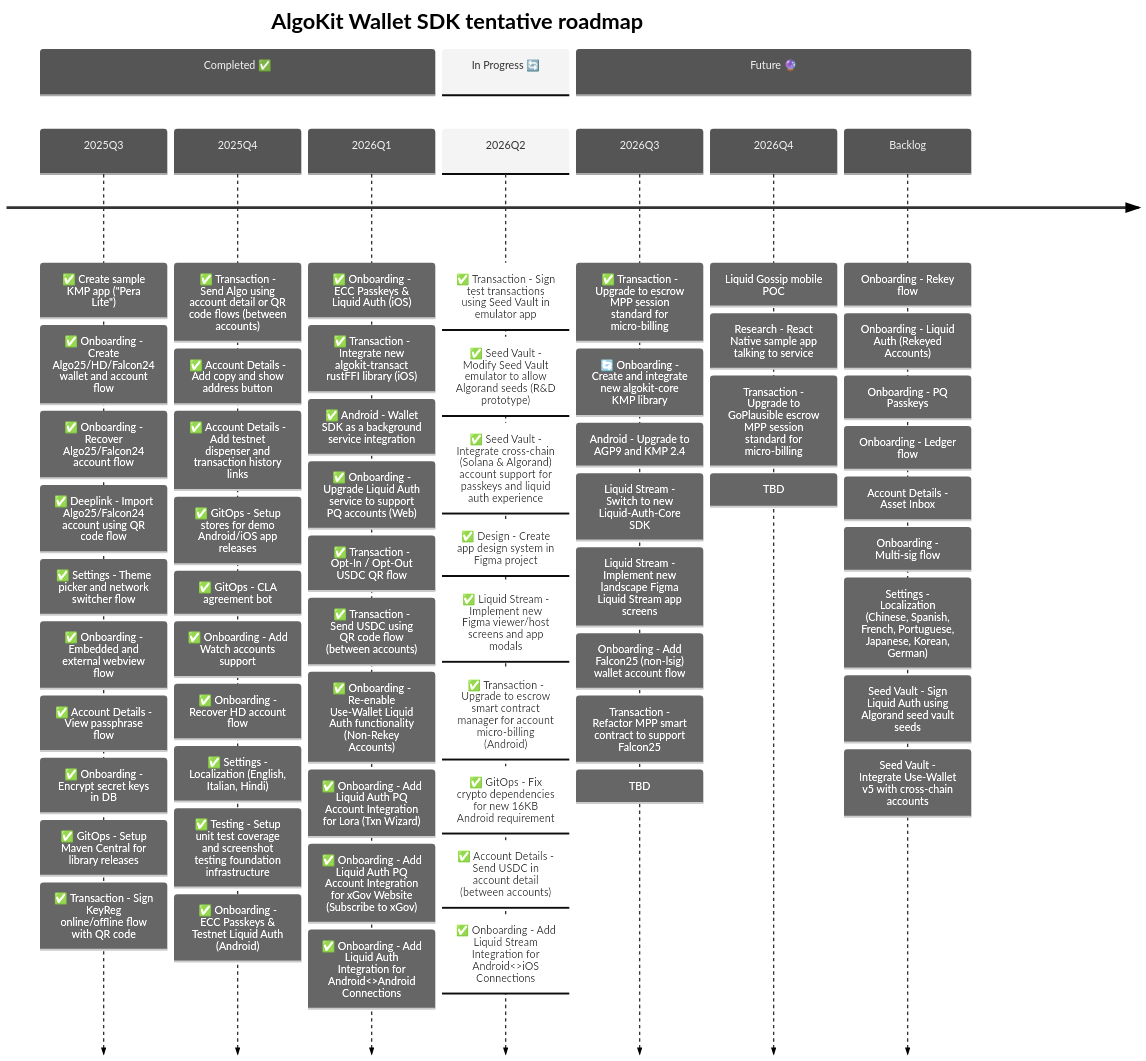
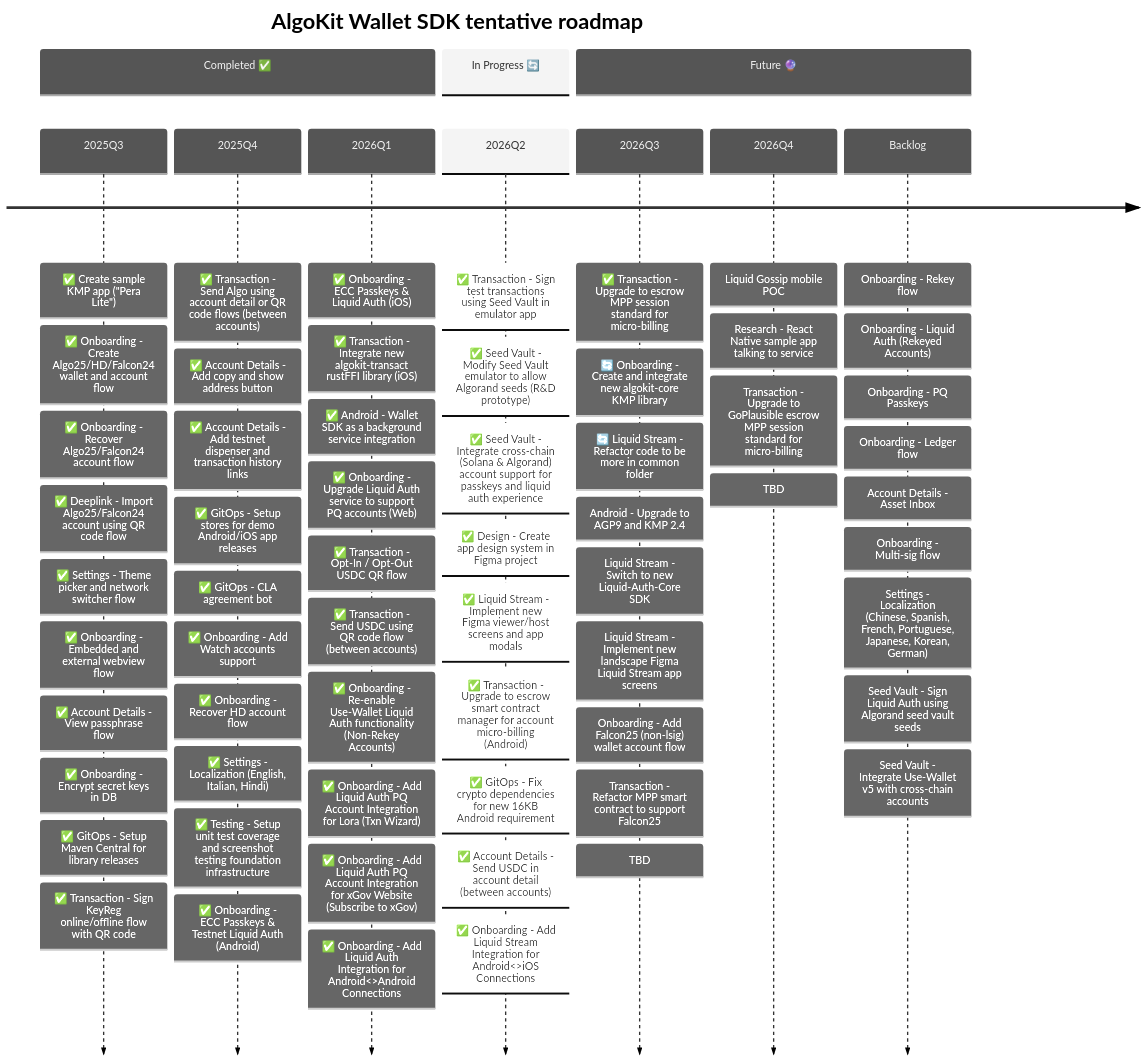
One commit to michaeltchuangllc/algokit-walletsdk-kmp changed the second of 3 diagrams in README.md. Above: the diagram before and after it, drawn with Mermaid. The commit also changed 29 other files, not shown here.

Commit message:
refactor: move more railmpp code into common folder (#332)

````diff
--- a/README.md
+++ b/README.md
@@ -69,79 +69,80 @@
 ```mermaid
 ---
 config:
   theme: 'neutral'
 ---
 timeline
     title AlgoKit Wallet SDK tentative roadmap
 
     section Completed ✅
     2025Q3  : ✅ Create sample KMP app ("Pera Lite")
             : ✅ Onboarding - Create Algo25/HD/Falcon24 wallet and account flow
             : ✅ Onboarding - Recover Algo25/Falcon24 account flow
             : ✅ Deeplink - Import Algo25/Falcon24 account using QR code flow
             : ✅ Settings - Theme picker and network switcher flow
             : ✅ Onboarding - Embedded and external webview flow
             : ✅ Account Details - View passphrase flow
             : ✅ Onboarding - Encrypt secret keys in DB
             : ✅ GitOps - Setup Maven Central for library releases
             : ✅ Transaction - Sign KeyReg online/offline flow with QR code
 
     2025Q4  : ✅ Transaction - Send Algo using account detail or QR code flows (between accounts)
             : ✅ Account Details - Add copy and show address button
             : ✅ Account Details - Add testnet dispenser and transaction history links
             : ✅ GitOps - Setup stores for demo Android/iOS app releases
             : ✅ GitOps - CLA agreement bot
             : ✅ Onboarding - Add Watch accounts support
             : ✅ Onboarding - Recover HD account flow
             : ✅ Settings - Localization (English, Italian, Hindi)
             : ✅ Testing - Setup unit test coverage and screenshot testing foundation infrastructure
             : ✅ Onboarding - ECC Passkeys & Testnet Liquid Auth (Android)
 
     2026Q1  : ✅ Onboarding - ECC Passkeys & Liquid Auth (iOS)
             : ✅ Transaction - Integrate new algokit-transact rustFFI library (iOS)
             : ✅ Android - Wallet SDK as a background service integration
             : ✅ Onboarding - Upgrade Liquid Auth service to support PQ accounts (Web)
             : ✅ Transaction - Opt-In / Opt-Out USDC QR flow
             : ✅ Transaction - Send USDC using QR code flow (between accounts)
             : ✅ Onboarding - Re-enable Use-Wallet Liquid Auth functionality (Non-Rekey Accounts)
             : ✅ Onboarding - Add Liquid Auth PQ Account Integration for Lora (Txn Wizard)
             : ✅ Onboarding - Add Liquid Auth PQ Account Integration for xGov Website (Subscribe to xGov)
             : ✅ Onboarding - Add Liquid Auth Integration for Android<>Android Connections
 
     section In Progress 🔄
     2026Q2  : ✅ Transaction - Sign test transactions using Seed Vault in emulator app
             : ✅ Seed Vault - Modify Seed Vault emulator to allow Algorand seeds (R&D prototype)
             : ✅ Seed Vault - Integrate cross-chain (Solana & Algorand) account support for passkeys and liquid auth experience
             : ✅ Design - Create app design system in Figma project
             : ✅ Liquid Stream - Implement new Figma viewer/host screens and app modals
             : ✅ Transaction - Upgrade to escrow smart contract manager for account micro-billing (Android)
             : ✅ GitOps - Fix crypto dependencies for new 16KB Android requirement
             : ✅ Account Details - Send USDC in account detail (between accounts)
             : ✅ Onboarding - Add Liquid Stream Integration for Android<>iOS Connections
             
     section Future 🔮
     2026Q3   : ✅ Transaction - Upgrade to escrow MPP session standard for micro-billing
              : 🔄 Onboarding - Create and integrate new algokit-core KMP library
+             : 🔄 Liquid Stream - Refactor code to be more in common folder
              : Android - Upgrade to AGP9 and KMP 2.4
              : Liquid Stream - Switch to new Liquid-Auth-Core SDK
              : Liquid Stream - Implement new landscape Figma Liquid Stream app screens
              : Onboarding - Add Falcon25 (non-lsig) wallet account flow
              : Transaction - Refactor MPP smart contract to support Falcon25
              : TBD
     2026Q4   
              : Liquid Gossip mobile POC
              : Research - React Native sample app talking to service
              : Transaction - Upgrade to GoPlausible escrow MPP session standard for micro-billing
              : TBD
     Backlog
             : Onboarding - Rekey flow
             : Onboarding - Liquid Auth (Rekeyed Accounts)
             : Onboarding - PQ Passkeys
             : Onboarding - Ledger flow
             : Account Details - Asset Inbox
             : Onboarding - Multi-sig flow
             : Settings - Localization (Chinese, Spanish, French, Portuguese, Japanese, Korean, German)
             : Seed Vault - Sign Liquid Auth using Algorand seed vault seeds
             : Seed Vault - Integrate Use-Wallet v5 with cross-chain accounts
 
 ```
````
